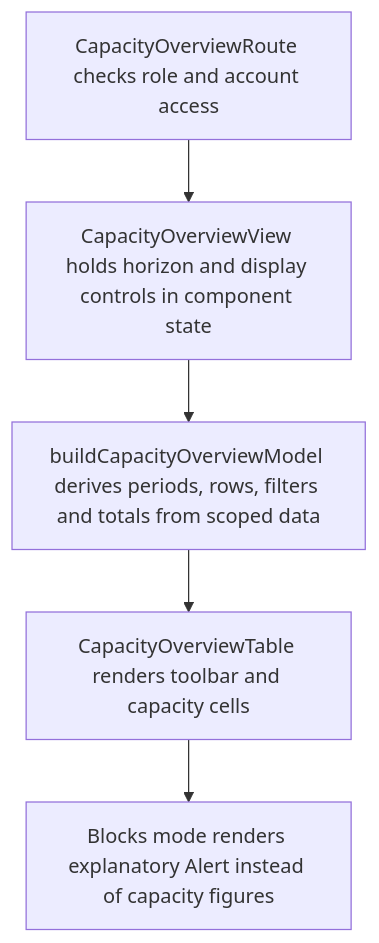
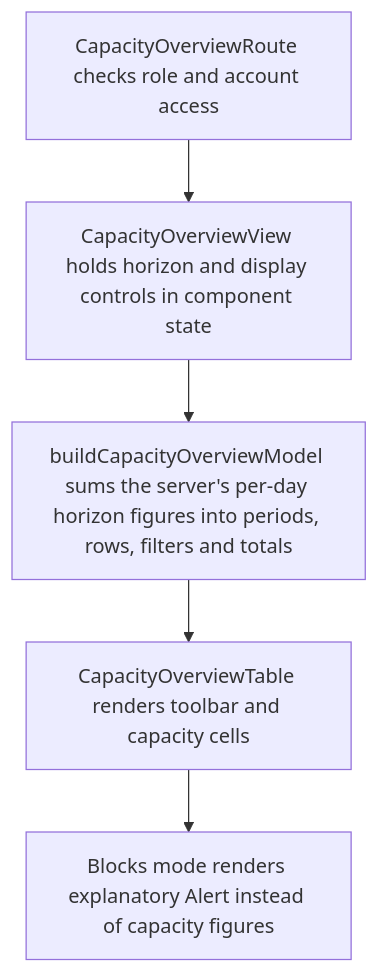
One commit to Kevinjohn/capacitylens changed the second of 2 diagrams in user-stories/capacity-overview/US-CAP-01-review-four-week-capacity.md. Above: the diagram before and after it, drawn with Mermaid. The commit also changed other lines of this file and 59 other files, not shown here.

First line of the commit message:
Draw the server's capacity figures in the scheduler and overview

````diff
--- a/user-stories/capacity-overview/US-CAP-01-review-four-week-capacity.md
+++ b/user-stories/capacity-overview/US-CAP-01-review-four-week-capacity.md
@@ -40,7 +40,7 @@
 ```mermaid
 flowchart TD
   A["CapacityOverviewRoute checks role and account access"] --> B["CapacityOverviewView holds horizon and display controls in component state"]
-  B --> C["buildCapacityOverviewModel derives periods, rows, filters and totals from scoped data"]
+  B --> C["buildCapacityOverviewModel sums the server's per-day horizon figures into periods, rows, filters and totals"]
   C --> D["CapacityOverviewTable renders toolbar and capacity cells"]
   D --> E["Blocks mode renders explanatory Alert instead of capacity figures"]
 ```
````
